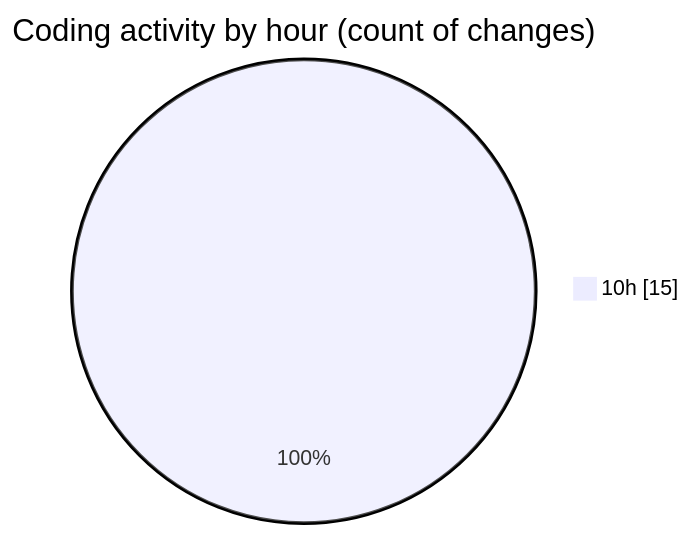
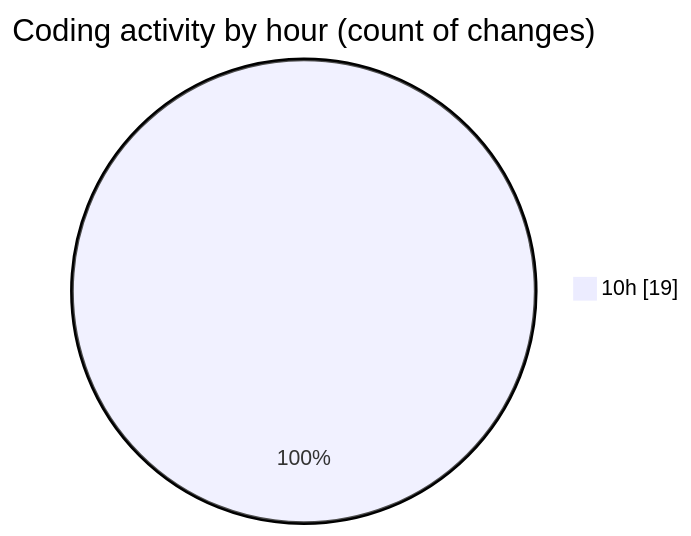
One commit to LanceThiago/code-tracking changed the second of 2 diagrams in 2025-01-13/nueva_carpeta/README.md. Above: the diagram before and after it, drawn with Mermaid. The commit also changed other lines of this file and 1 other file, not shown here.

````diff
--- a/2025-01-13/nueva_carpeta/README.md
+++ b/2025-01-13/nueva_carpeta/README.md
@@ -28,5 +28,5 @@
 ```mermaid
 pie showData
 title Coding activity by hour (count of changes)
-"10h" : 15
+"10h" : 19
 ```
````
